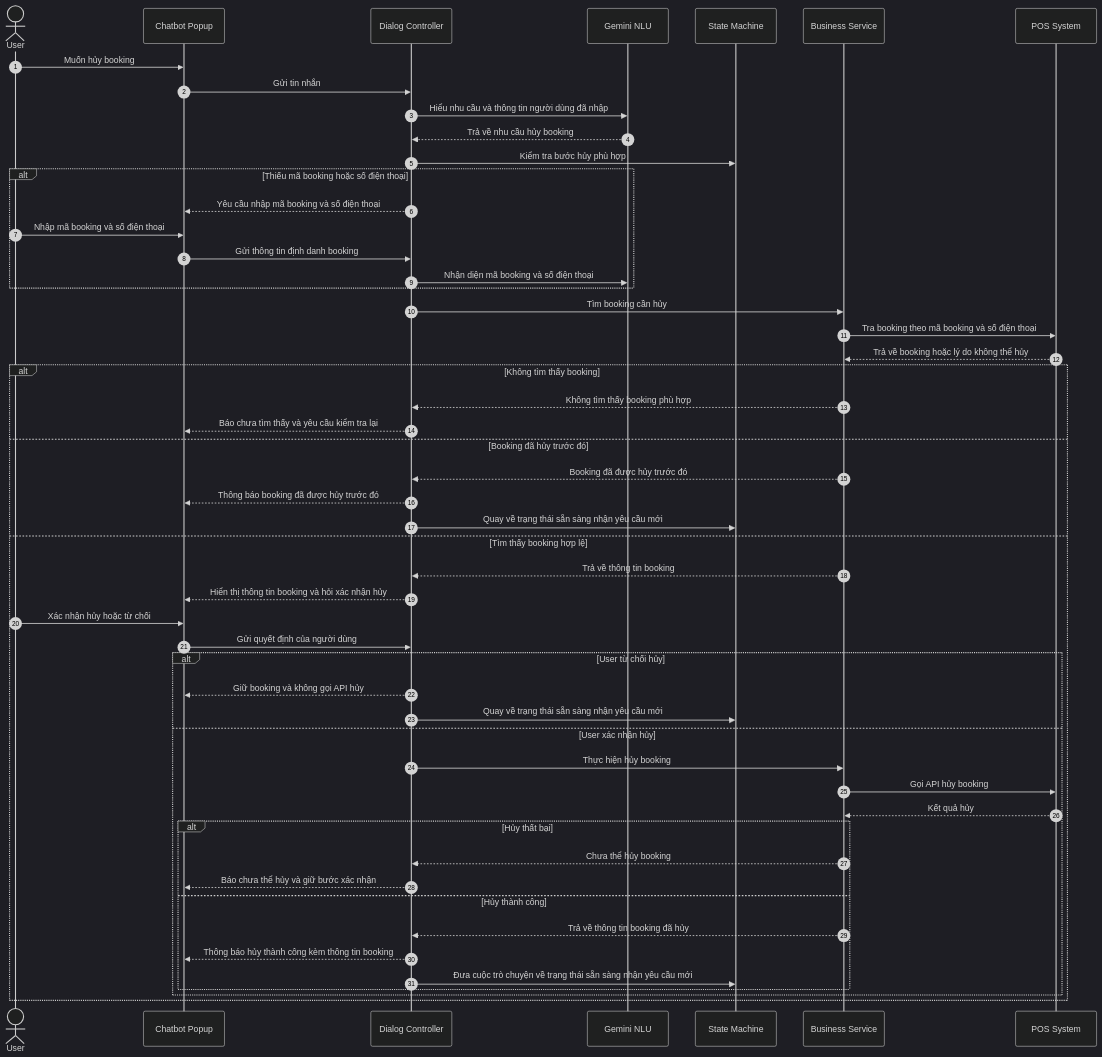
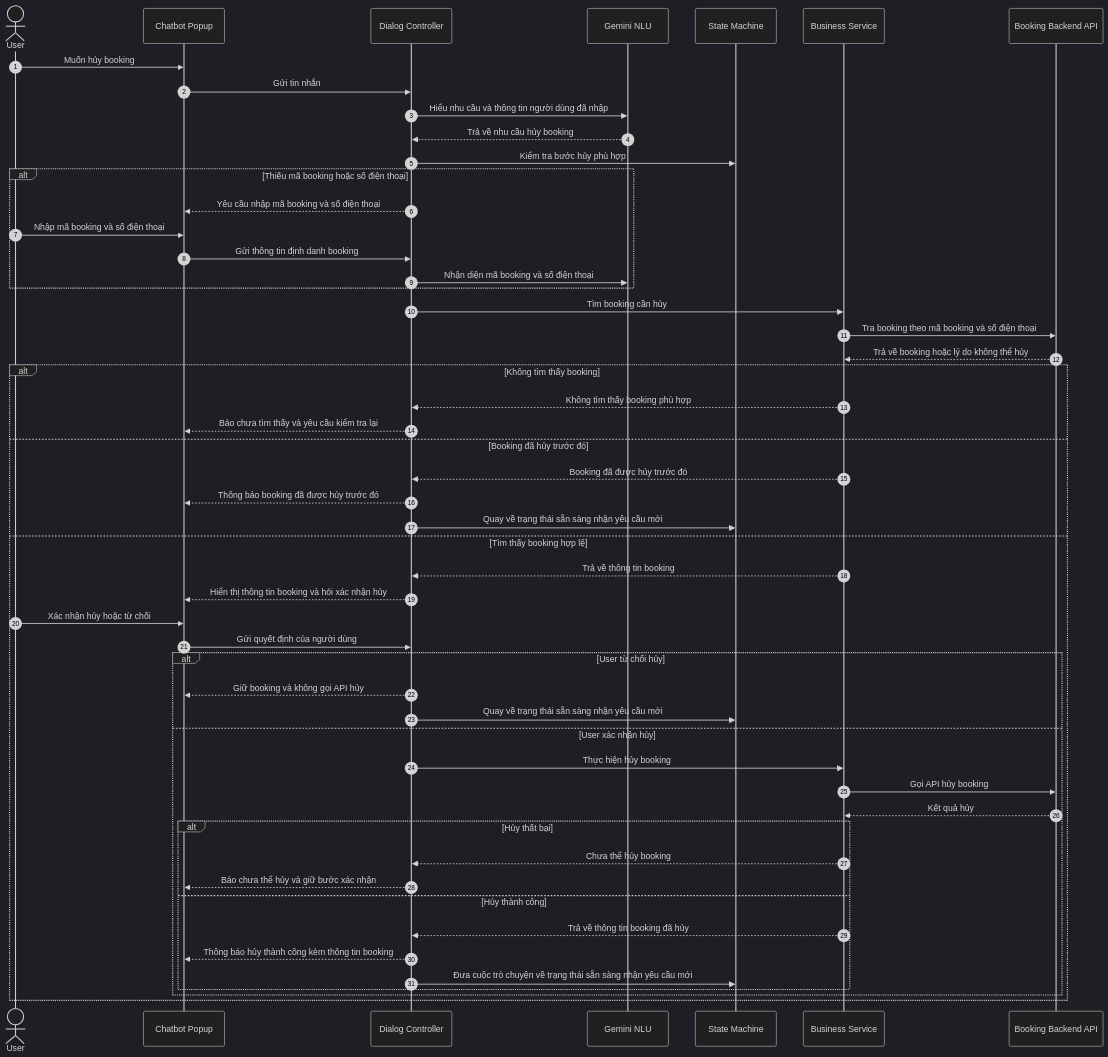
One commit to duy-debug/booking-AI-system changed the fourth of 7 diagrams in booking-ai-chatbot/README.md. Above: the diagram before and after it, drawn with Mermaid (dark theme). The commit also changed other lines of this file and 3 other files, not shown here.

````diff
--- a/booking-ai-chatbot/README.md
+++ b/booking-ai-chatbot/README.md
@@ -254,60 +265,60 @@
 ```mermaid
 sequenceDiagram
     autonumber
     actor User as User
     participant Popup as Chatbot Popup
     participant Bot as Dialog Controller
     participant AI as Gemini NLU
     participant Flow as State Machine
     participant Service as Business Service
-    participant POS as POS System
+    participant BookingAPI as Booking Backend API
 
     User->>Popup: Muốn hủy booking
     Popup->>Bot: Gửi tin nhắn
     Bot->>AI: Hiểu nhu cầu và thông tin người dùng đã nhập
     AI-->>Bot: Trả về nhu cầu hủy booking
     Bot->>Flow: Kiểm tra bước hủy phù hợp
 
     alt Thiếu mã booking hoặc số điện thoại
         Bot-->>Popup: Yêu cầu nhập mã booking và số điện thoại
         User->>Popup: Nhập mã booking và số điện thoại
         Popup->>Bot: Gửi thông tin định danh booking
         Bot->>AI: Nhận diện mã booking và số điện thoại
     end
 
     Bot->>Service: Tìm booking cần hủy
-    Service->>POS: Tra booking theo mã booking và số điện thoại
-    POS-->>Service: Trả về booking hoặc lý do không thể hủy
+    Service->>BookingAPI: Tra booking theo mã booking và số điện thoại
+    BookingAPI-->>Service: Trả về booking hoặc lý do không thể hủy
 
     alt Không tìm thấy booking
         Service-->>Bot: Không tìm thấy booking phù hợp
         Bot-->>Popup: Báo chưa tìm thấy và yêu cầu kiểm tra lại
     else Booking đã hủy trước đó
         Service-->>Bot: Booking đã được hủy trước đó
         Bot-->>Popup: Thông báo booking đã được hủy trước đó
         Bot->>Flow: Quay về trạng thái sẵn sàng nhận yêu cầu mới
     else Tìm thấy booking hợp lệ
         Service-->>Bot: Trả về thông tin booking
         Bot-->>Popup: Hiển thị thông tin booking và hỏi xác nhận hủy
         User->>Popup: Xác nhận hủy hoặc từ chối
         Popup->>Bot: Gửi quyết định của người dùng
 
         alt User từ chối hủy
             Bot-->>Popup: Giữ booking và không gọi API hủy
             Bot->>Flow: Quay về trạng thái sẵn sàng nhận yêu cầu mới
         else User xác nhận hủy
             Bot->>Service: Thực hiện hủy booking
-            Service->>POS: Gọi API hủy booking
-            POS-->>Service: Kết quả hủy
+            Service->>BookingAPI: Gọi API hủy booking
+            BookingAPI-->>Service: Kết quả hủy
 
             alt Hủy thất bại
                 Service-->>Bot: Chưa thể hủy booking
                 Bot-->>Popup: Báo chưa thể hủy và giữ bước xác nhận
             else Hủy thành công
                 Service-->>Bot: Trả về thông tin booking đã hủy
                 Bot-->>Popup: Thông báo hủy thành công kèm thông tin booking
                 Bot->>Flow: Đưa cuộc trò chuyện về trạng thái sẵn sàng nhận yêu cầu mới
             end
         end
     end
 ```
````
